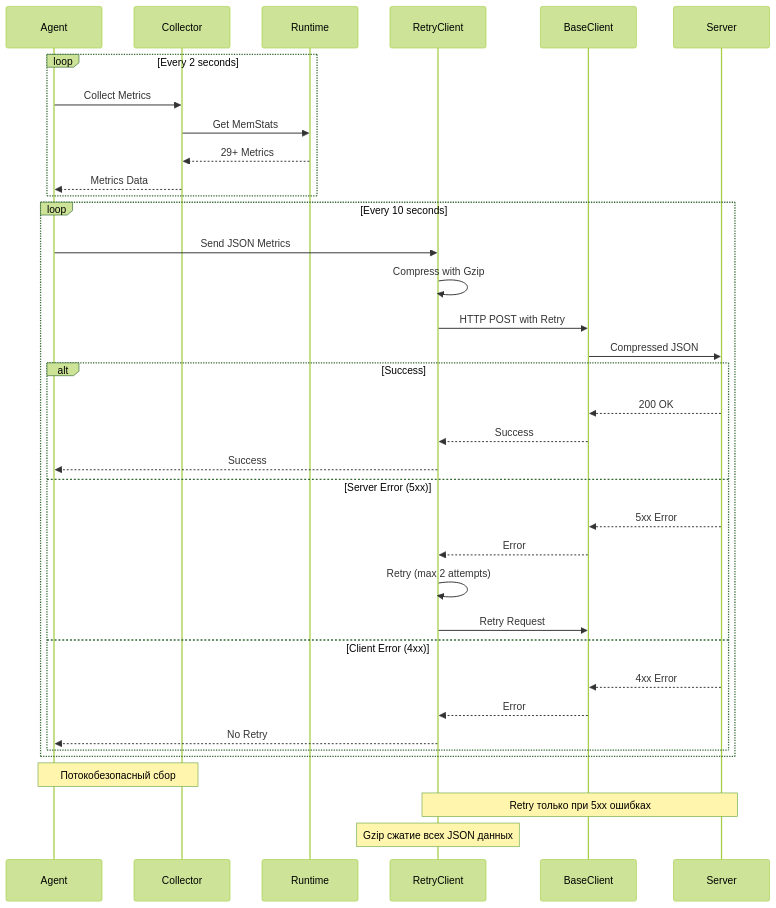
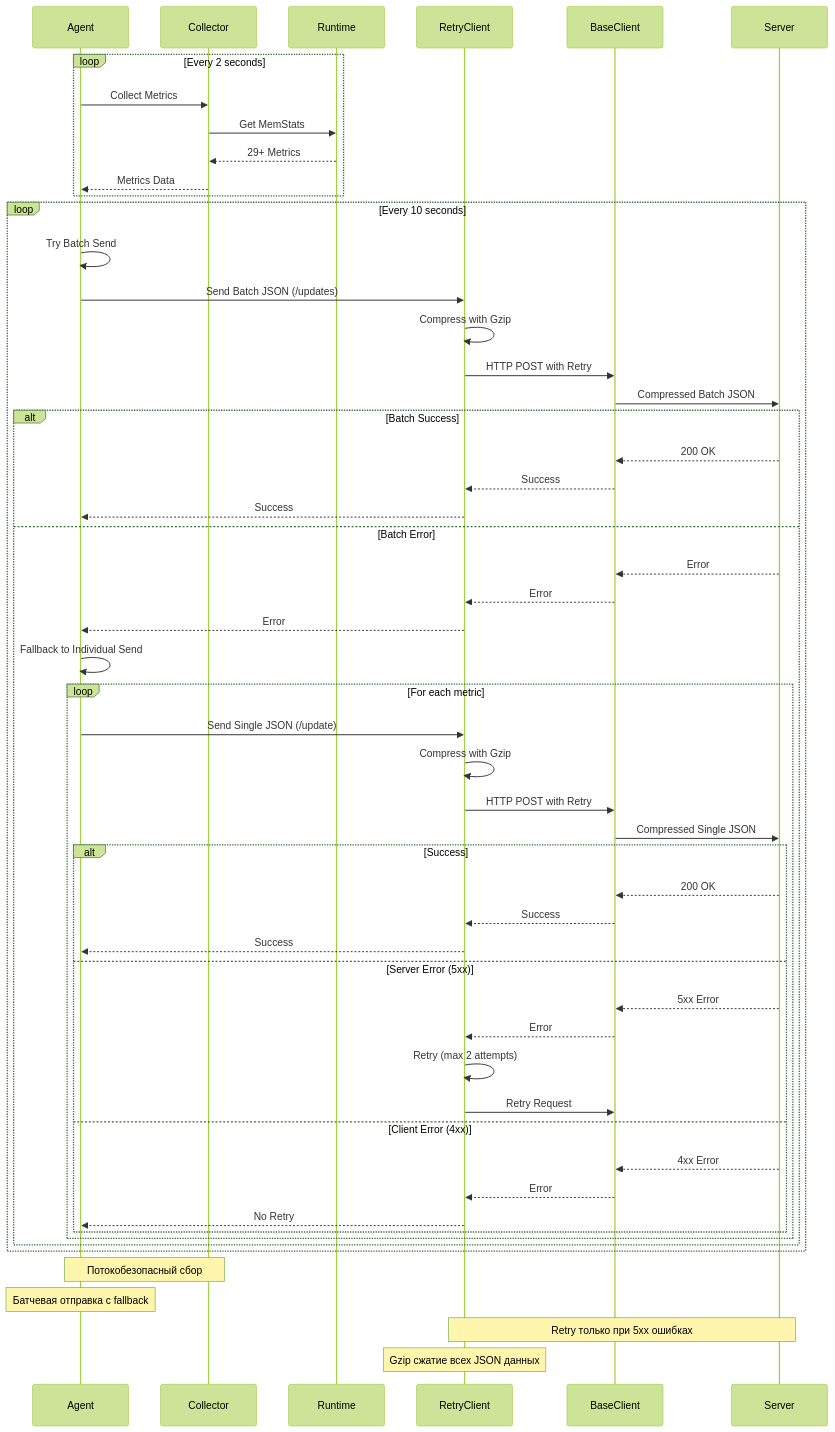
One commit to IgorKilipenko/metrical changed the second of 2 diagrams in internal/agent/README.md. Above: the diagram before and after it, drawn with Mermaid (forest theme). The commit also changed other lines of this file and 5 other files, not shown here.

First line of the commit message:
feat: introduce batch update functionality for metrics API

````diff
--- a/internal/agent/README.md
+++ b/internal/agent/README.md
@@ -57,41 +57,59 @@
 ```mermaid
 sequenceDiagram
     participant Agent
     participant Collector
     participant Runtime
     participant RetryClient
     participant BaseClient
     participant Server
     
     loop Every 2 seconds
         Agent->>Collector: Collect Metrics
         Collector->>Runtime: Get MemStats
         Runtime-->>Collector: 29+ Metrics
         Collector-->>Agent: Metrics Data
     end
     
     loop Every 10 seconds
-        Agent->>RetryClient: Send JSON Metrics
+        Agent->>Agent: Try Batch Send
+        Agent->>RetryClient: Send Batch JSON (/updates)
         RetryClient->>RetryClient: Compress with Gzip
         RetryClient->>BaseClient: HTTP POST with Retry
-        BaseClient->>Server: Compressed JSON
-        alt Success
+        BaseClient->>Server: Compressed Batch JSON
+        alt Batch Success
             Server-->>BaseClient: 200 OK
             BaseClient-->>RetryClient: Success
             RetryClient-->>Agent: Success
-        else Server Error (5xx)
-            Server-->>BaseClient: 5xx Error
+        else Batch Error
+            Server-->>BaseClient: Error
             BaseClient-->>RetryClient: Error
-            RetryClient->>RetryClient: Retry (max 2 attempts)
-            RetryClient->>BaseClient: Retry Request
-        else Client Error (4xx)
-            Server-->>BaseClient: 4xx Error
-            BaseClient-->>RetryClient: Error
-            RetryClient-->>Agent: No Retry
+            RetryClient-->>Agent: Error
+            Agent->>Agent: Fallback to Individual Send
+            loop For each metric
+                Agent->>RetryClient: Send Single JSON (/update)
+                RetryClient->>RetryClient: Compress with Gzip
+                RetryClient->>BaseClient: HTTP POST with Retry
+                BaseClient->>Server: Compressed Single JSON
+                alt Success
+                    Server-->>BaseClient: 200 OK
+                    BaseClient-->>RetryClient: Success
+                    RetryClient-->>Agent: Success
+                else Server Error (5xx)
+                    Server-->>BaseClient: 5xx Error
+                    BaseClient-->>RetryClient: Error
+                    RetryClient->>RetryClient: Retry (max 2 attempts)
+                    RetryClient->>BaseClient: Retry Request
+                else Client Error (4xx)
+                    Server-->>BaseClient: 4xx Error
+                    BaseClient-->>RetryClient: Error
+                    RetryClient-->>Agent: No Retry
+                end
+            end
         end
     end
     
     Note over Agent,Collector: Потокобезопасный сбор
+    Note over Agent: Батчевая отправка с fallback
     Note over RetryClient,Server: Retry только при 5xx ошибках
     Note over RetryClient: Gzip сжатие всех JSON данных
 ```
````
